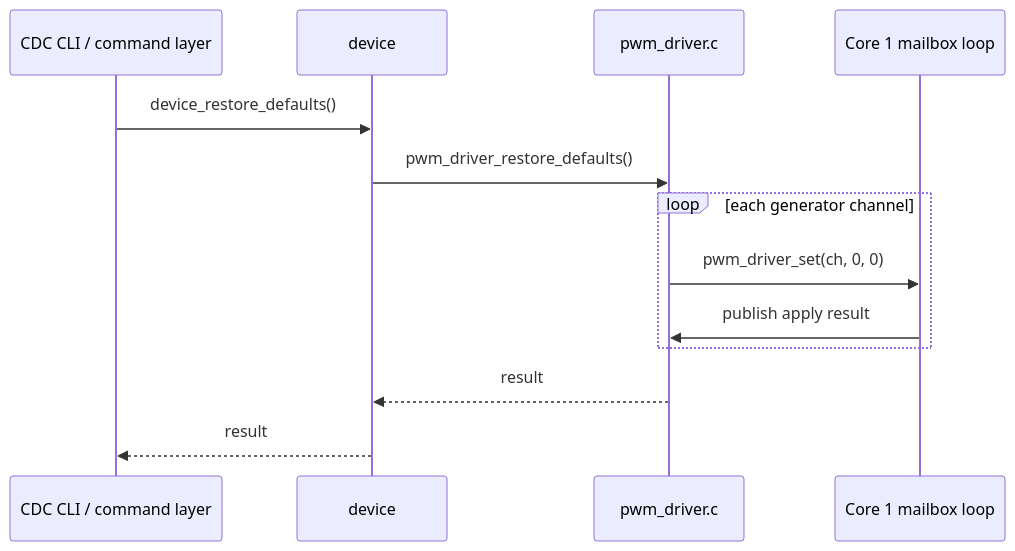
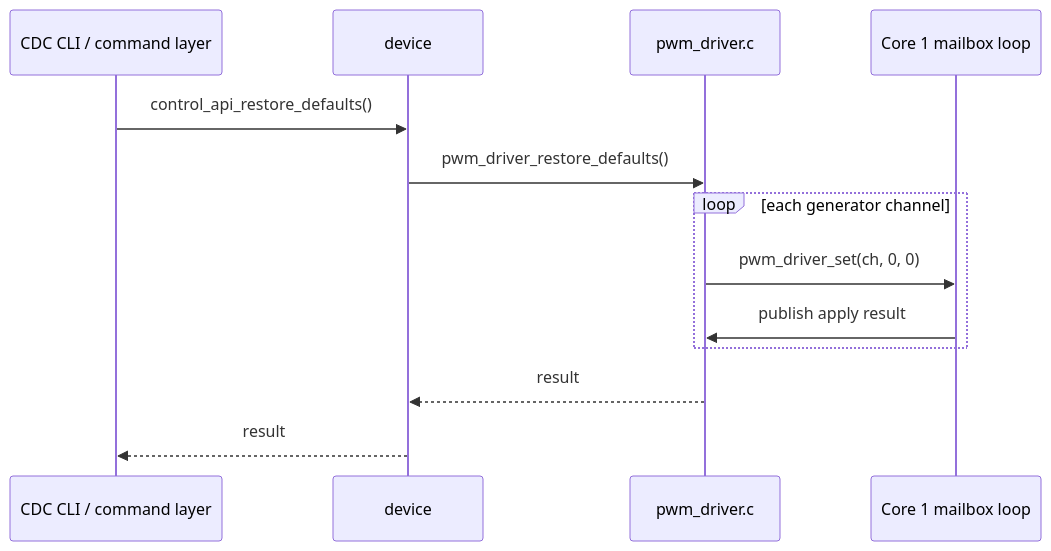
Before and after one commit to djwinter29-oss/PicoPWM: the sixth of 7 diagrams in docs/design/pwm-driver/driver-design.md, drawn with Mermaid. The commit also changed other lines of this file and 25 other files, not shown here.

````diff
--- a/docs/design/pwm-driver/driver-design.md
+++ b/docs/design/pwm-driver/driver-design.md
@@ -358,16 +358,16 @@
 ```mermaid
 sequenceDiagram
     participant CLI as CDC CLI / command layer
     participant CTL as device
     participant WR as pwm_driver.c
     participant C1 as Core 1 mailbox loop
 
-    CLI->>CTL: device_restore_defaults()
+    CLI->>CTL: control_api_restore_defaults()
     CTL->>WR: pwm_driver_restore_defaults()
     loop each generator channel
         WR->>C1: pwm_driver_set(ch, 0, 0)
         C1->>WR: publish apply result
     end
     WR-->>CTL: result
     CTL-->>CLI: result
 ```
````
